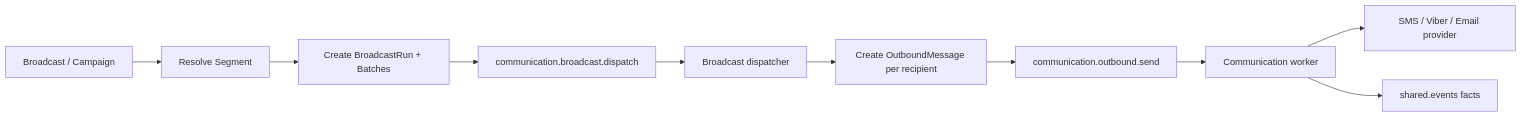
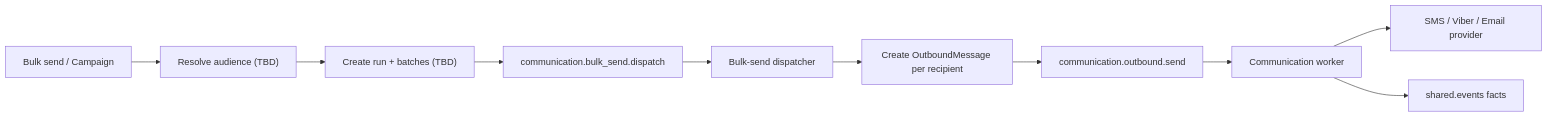
One commit to dinikon/dnk-runtime-core changed the first of 2 diagrams in docs/plan/events_quens.md. Above: the diagram before and after it, drawn with Mermaid. The commit also changed other lines of this file and 459 other files, not shown here.

````diff
--- a/docs/plan/events_quens.md
+++ b/docs/plan/events_quens.md
@@ -107,12 +107,12 @@
 ```mermaid
 flowchart LR
-  Broadcast["Broadcast / Campaign"] --> Segment["Resolve Segment"]
-  Segment --> Batch["Create BroadcastRun + Batches"]
-  Batch --> DispatchQ["communication.broadcast.dispatch"]
-  DispatchQ --> Dispatcher["Broadcast dispatcher"]
+  BulkSend["Bulk send / Campaign"] --> Audience["Resolve audience (TBD)"]
+  Audience --> Batch["Create run + batches (TBD)"]
+  Batch --> DispatchQ["communication.bulk_send.dispatch"]
+  DispatchQ --> Dispatcher["Bulk-send dispatcher"]
   Dispatcher --> OM["Create OutboundMessage per recipient"]
   OM --> SendQ["communication.outbound.send"]
   SendQ --> Worker["Communication worker"]
   Worker --> Provider["SMS / Viber / Email provider"]
   Worker --> Events["shared.events facts"]
 ```
````
